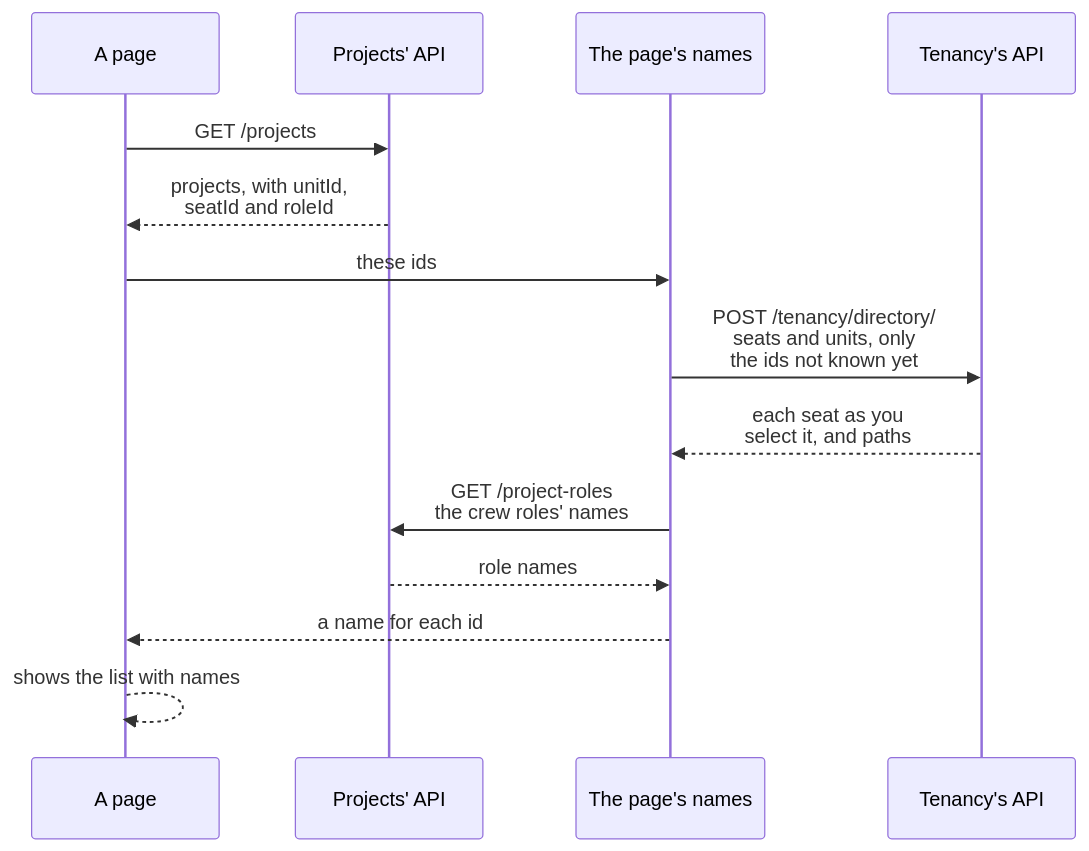
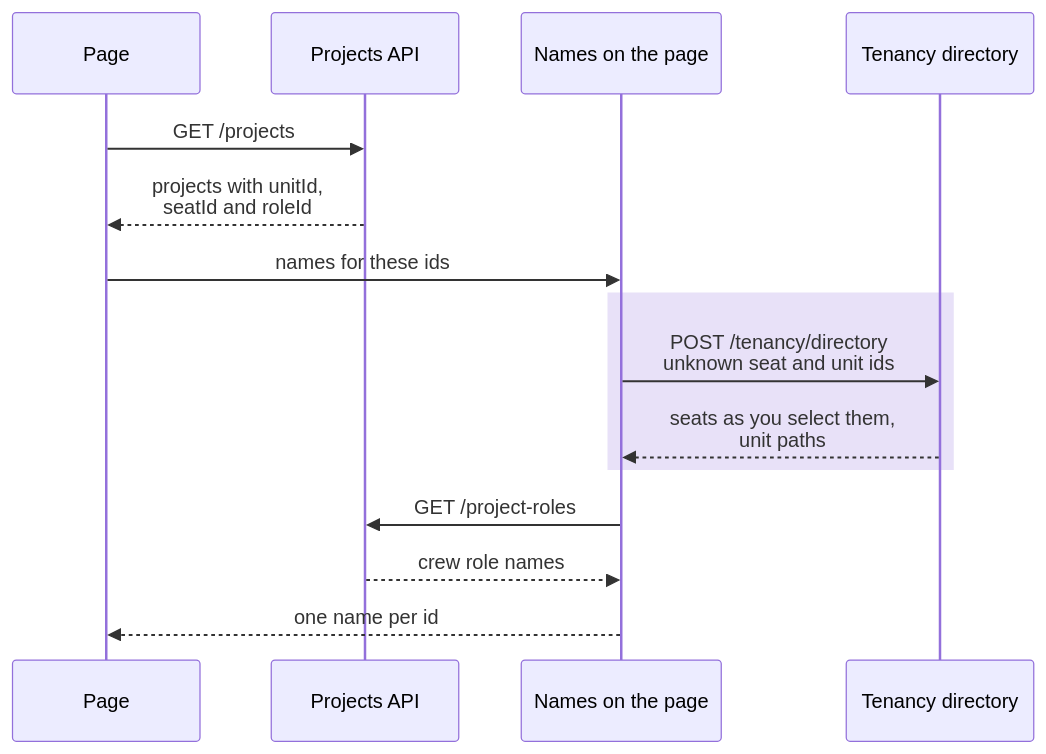
The first of 2 diagrams in docs/tenancy/names-and-languages.md (DylanSnel/DDDToolkit), drawn with Mermaid before and after one commit. The commit also changed other lines of this file and 24 other files, not shown here.

First line of the commit message:
Docs: plain prose and readable diagrams for Tenancy and Membership

````diff
--- a/docs/tenancy/names-and-languages.md
+++ b/docs/tenancy/names-and-languages.md
@@ -47,17 +58,18 @@
 ```mermaid
 sequenceDiagram
-    participant Page as A page
-    participant Projects as Projects' API
-    participant Names as The page's names
-    participant Tenancy as Tenancy's API
+    participant Page as Page
+    participant Projects as Projects API
+    participant Names as Names on the page
+    participant Tenancy as Tenancy directory
 
     Page->>Projects: GET /projects
-    Projects-->>Page: projects, with unitId,<br/>seatId and roleId
-    Page->>Names: these ids
-    Names->>Tenancy: POST /tenancy/directory/<br/>seats and units, only<br/>the ids not known yet
-    Tenancy-->>Names: each seat as you<br/>select it, and paths
-    Names->>Projects: GET /project-roles<br/>the crew roles' names
-    Projects-->>Names: role names
-    Names-->>Page: a name for each id
-    Page-->>Page: shows the list with names
+    Projects-->>Page: projects with unitId,<br/>seatId and roleId
+    Page->>Names: names for these ids
+    rect rgba(91, 46, 201, 0.14)
+        Names->>Tenancy: POST /tenancy/directory<br/>unknown seat and unit ids
+        Tenancy-->>Names: seats as you select them,<br/>unit paths
+    end
+    Names->>Projects: GET /project-roles
+    Projects-->>Names: crew role names
+    Names-->>Page: one name per id
 ```
````
